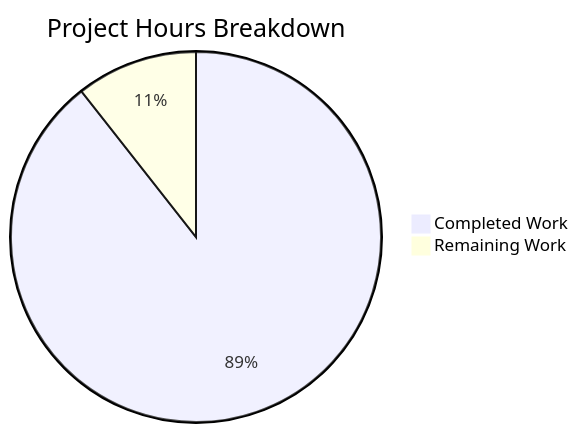
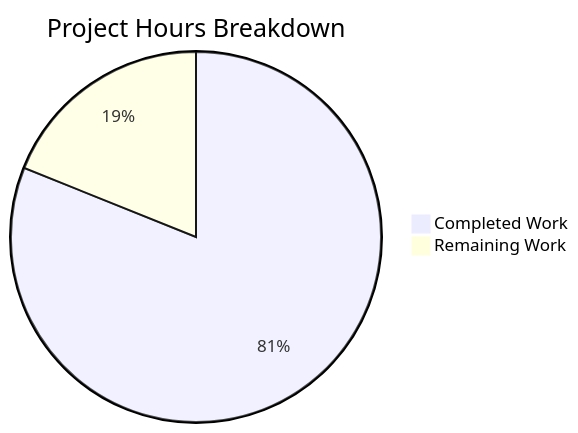
Before and after one commit to sudhanshu-spec/test-spec: the diagram in blitzy/documentation/Project Guide.md, drawn with Mermaid. The commit also changed other lines of this file, not shown here.

````diff
--- a/blitzy/documentation/Project Guide.md
+++ b/blitzy/documentation/Project Guide.md
@@ -77,5 +83,5 @@
 ```mermaid
 pie title Project Hours Breakdown
-    "Completed Work" : 59
+    "Completed Work" : 30
     "Remaining Work" : 7
 ```
````
